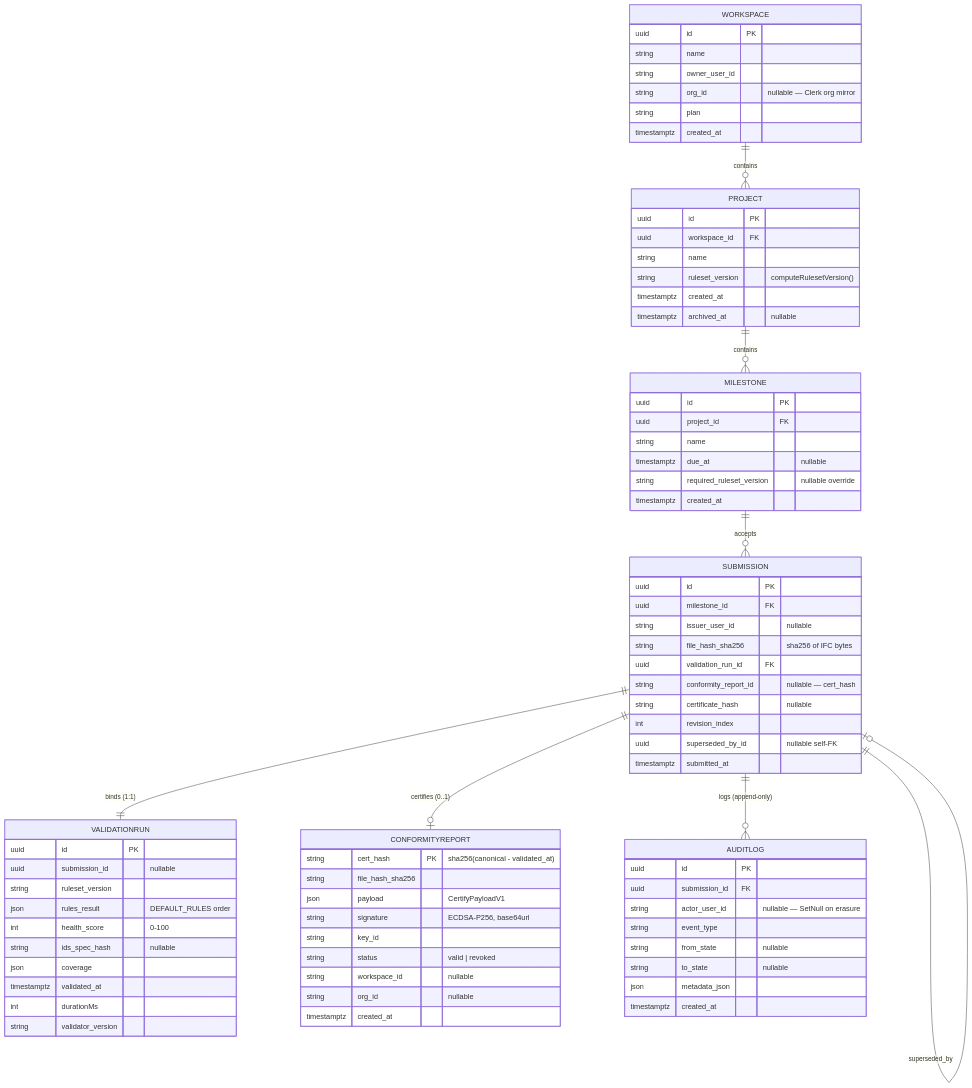
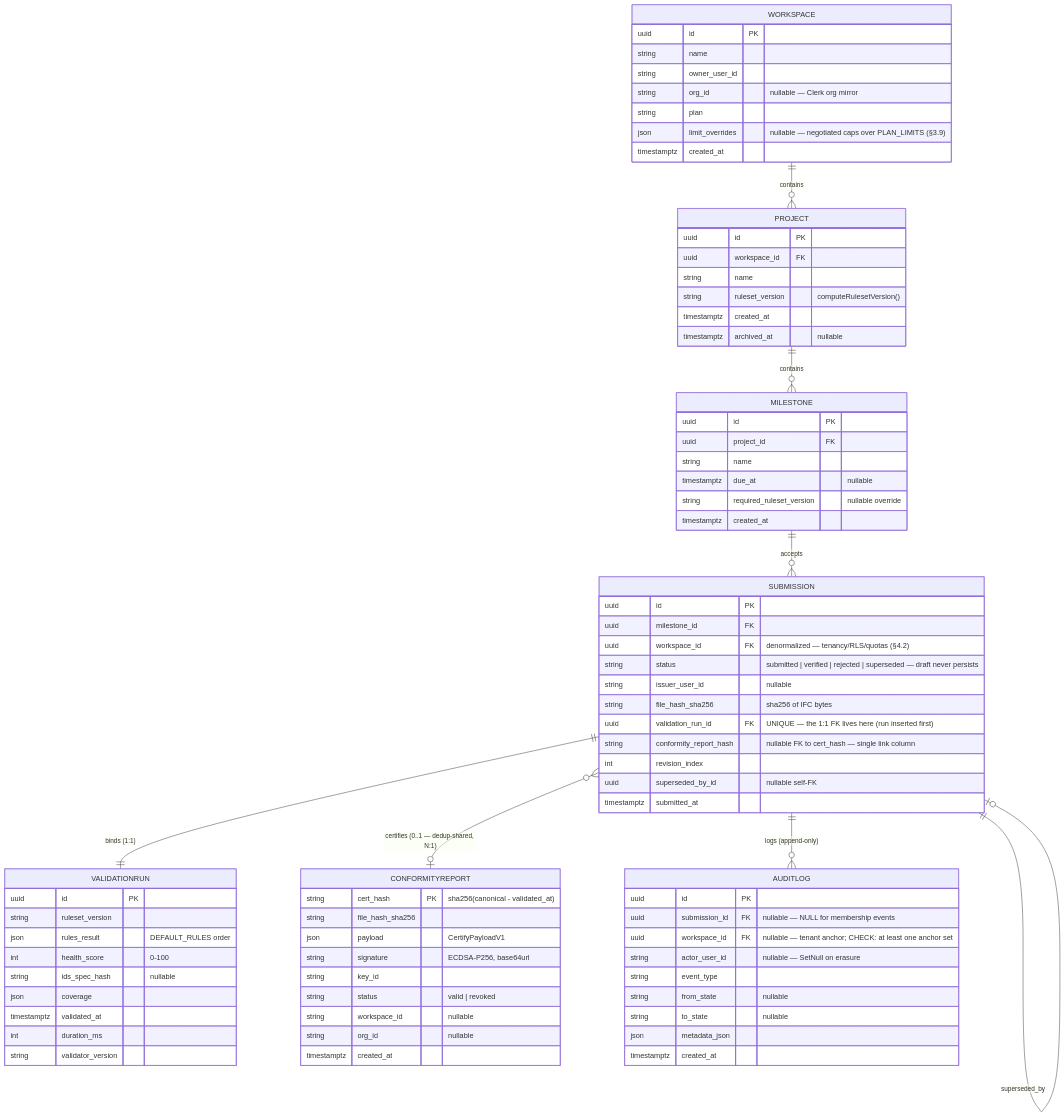
Before and after one commit to j03rul4nd/ifc-viewer-online: the first of 2 diagrams in docs/CONFORMANCE_DOMAIN.md, drawn with Mermaid. The commit also changed other lines of this file and 67 other files, not shown here.

First line of the commit message:
feat(cde): F1 signed ConformityReport — issue + /verify, cloud client, i18n x10

````diff
--- a/docs/CONFORMANCE_DOMAIN.md
+++ b/docs/CONFORMANCE_DOMAIN.md
@@ -49,80 +49,82 @@
 ```mermaid
 erDiagram
     WORKSPACE ||--o{ PROJECT : contains
     PROJECT   ||--o{ MILESTONE : contains
     MILESTONE ||--o{ SUBMISSION : accepts
     SUBMISSION ||--|| VALIDATIONRUN : "binds (1:1)"
-    SUBMISSION ||--o| CONFORMITYREPORT : "certifies (0..1)"
+    SUBMISSION }o--o| CONFORMITYREPORT : "certifies (0..1 — dedup-shared, N:1)"
     SUBMISSION ||--o{ AUDITLOG : "logs (append-only)"
     SUBMISSION ||--o| SUBMISSION : "superseded_by"
 
     WORKSPACE {
         uuid id PK
         string name
         string owner_user_id
         string org_id "nullable — Clerk org mirror"
         string plan
+        json limit_overrides "nullable — negotiated caps over PLAN_LIMITS (§3.9)"
         timestamptz created_at
     }
     PROJECT {
         uuid id PK
         uuid workspace_id FK
         string name
         string ruleset_version "computeRulesetVersion()"
         timestamptz created_at
         timestamptz archived_at "nullable"
     }
     MILESTONE {
         uuid id PK
         uuid project_id FK
         string name
         timestamptz due_at "nullable"
         string required_ruleset_version "nullable override"
         timestamptz created_at
     }
     SUBMISSION {
         uuid id PK
         uuid milestone_id FK
+        uuid workspace_id FK "denormalized — tenancy/RLS/quotas (§4.2)"
+        string status "submitted | verified | rejected | superseded — draft never persists"
         string issuer_user_id "nullable"
         string file_hash_sha256 "sha256 of IFC bytes"
-        uuid validation_run_id FK
-        string conformity_report_id "nullable — cert_hash"
-        string certificate_hash "nullable"
+        uuid validation_run_id FK "UNIQUE — the 1:1 FK lives here (run inserted first)"
+        string conformity_report_hash "nullable FK to cert_hash — single link column"
         int revision_index
         uuid superseded_by_id "nullable self-FK"
         timestamptz submitted_at
     }
     VALIDATIONRUN {
         uuid id PK
-        uuid submission_id "nullable"
         string ruleset_version
         json rules_result "DEFAULT_RULES order"
         int health_score "0-100"
         string ids_spec_hash "nullable"
         json coverage
         timestamptz validated_at
-        int durationMs
+        int duration_ms
         string validator_version
     }
     CONFORMITYREPORT {
         string cert_hash PK "sha256(canonical - validated_at)"
         string file_hash_sha256
         json payload "CertifyPayloadV1"
         string signature "ECDSA-P256, base64url"
         string key_id
         string status "valid | revoked"
         string workspace_id "nullable"
         string org_id "nullable"
         timestamptz created_at
     }
     AUDITLOG {
         uuid id PK
-        uuid submission_id FK
+        uuid submission_id FK "nullable — NULL for membership events"
+        uuid workspace_id FK "nullable — tenant anchor; CHECK: at least one anchor set"
         string actor_user_id "nullable — SetNull on erasure"
         string event_type
         string from_state "nullable"
         string to_state "nullable"
         json metadata_json
         timestamptz created_at
     }
 ```
````
